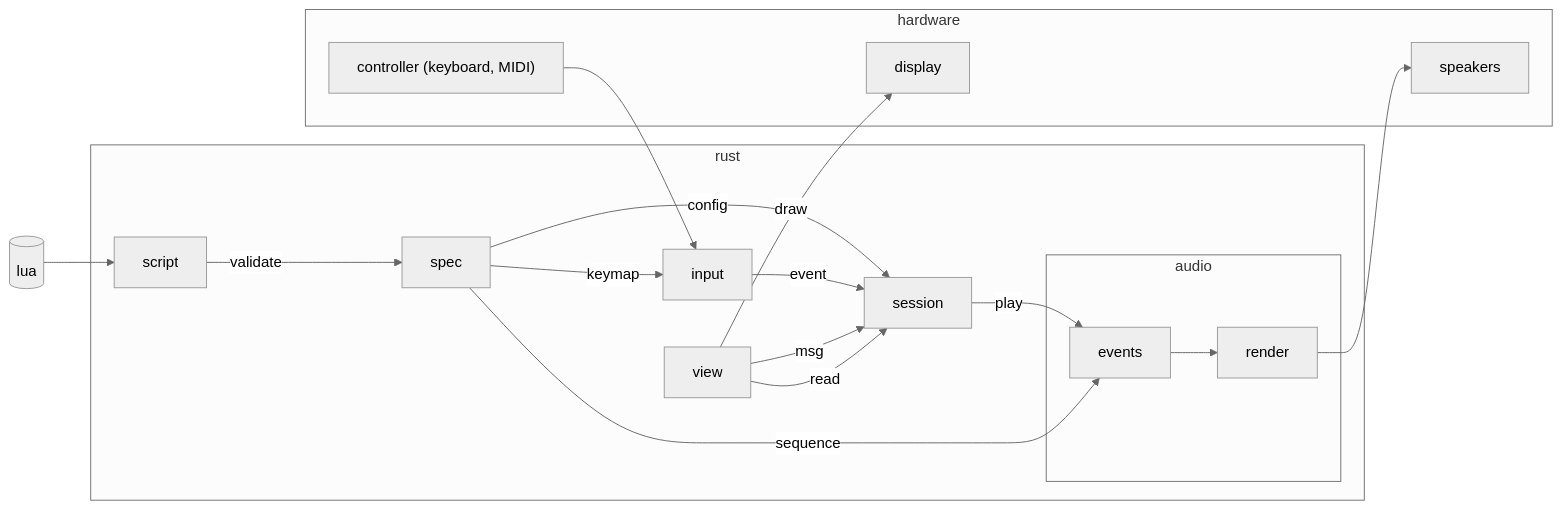
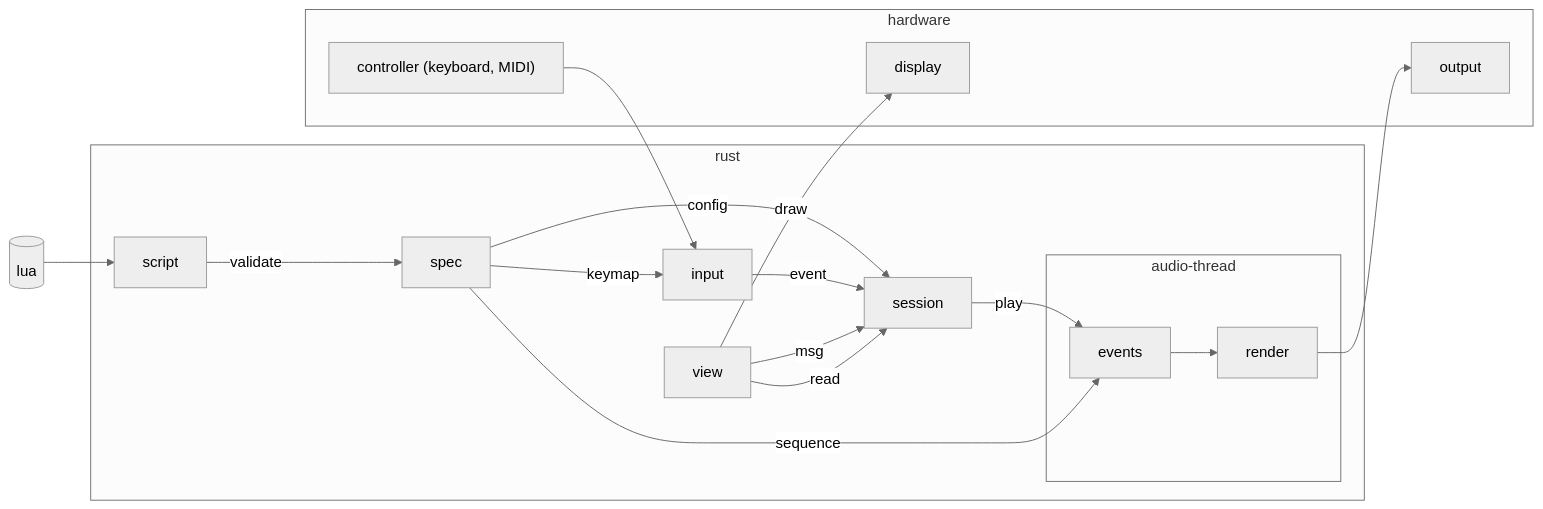
One commit to turkosaurus/synth changed the diagram in README.md. Above: the diagram before and after it, drawn with Mermaid (neutral theme).

````diff
--- a/README.md
+++ b/README.md
@@ -37,25 +37,25 @@
 ```mermaid
 flowchart LR
     lua[(lua)] --> script
     subgraph rust
         script -->|validate| spec
         spec -->|keymap| input
         spec --> |config| session
         input -->|event| session
         view -->|msg| session
         view -->|read| session
         session -->|play| events
         spec -->|sequence| events
-        subgraph audio
+        subgraph audio-thread
             events --> render
         end
     end
     subgraph hardware
         controller["controller (keyboard, MIDI)"]
-        speakers
+        output
         display
     end
     controller --> input
     view -->|draw| display
-    render --> speakers
+    render --> output
 ```
````
